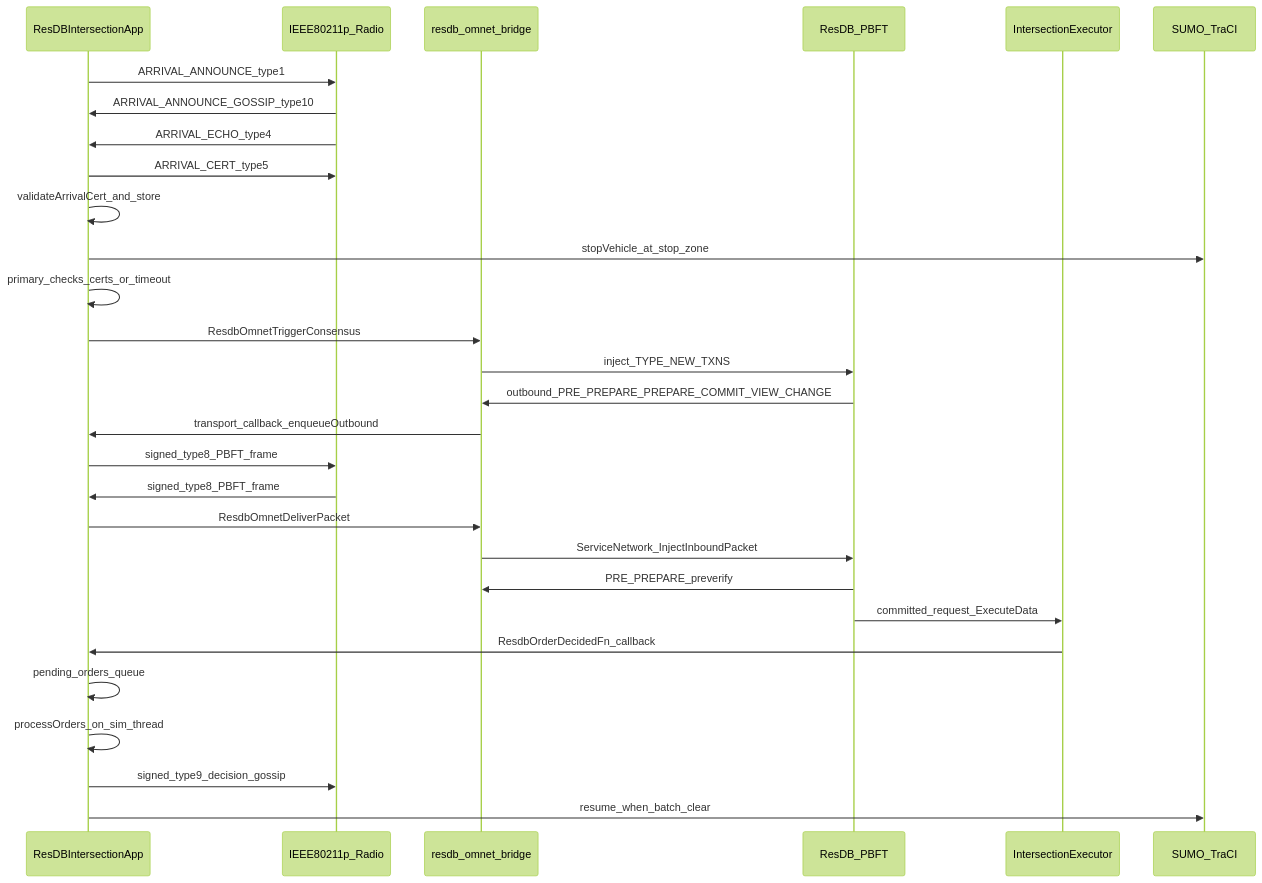
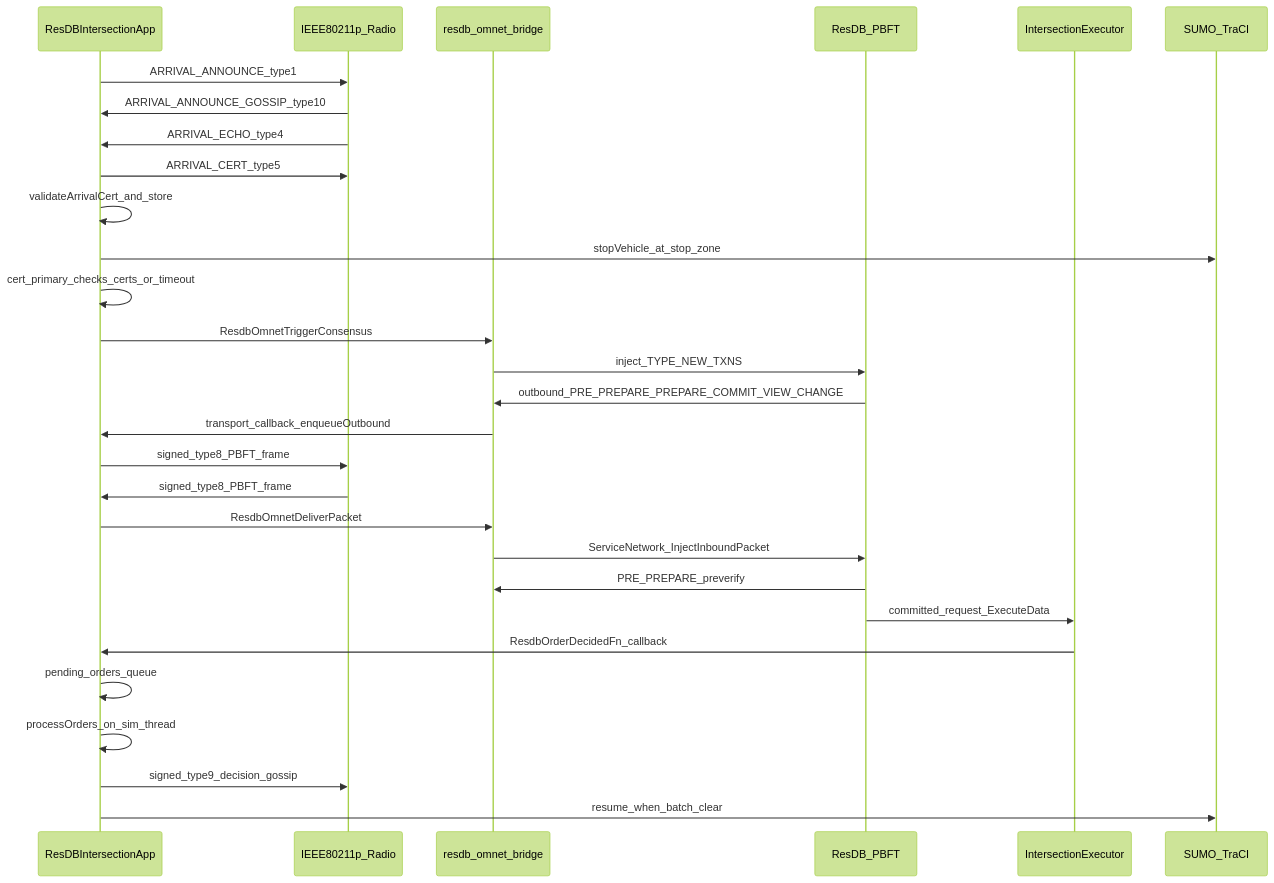
Before and after one commit to ymalegao/DistributedSystemsforAVs: the diagram in ARCHITECTURE.md, drawn with Mermaid (forest theme). The commit also changed other lines of this file and 157 other files, not shown here.

````diff
--- a/ARCHITECTURE.md
+++ b/ARCHITECTURE.md
@@ -105,35 +105,35 @@
 ```mermaid
 sequenceDiagram
     participant App as ResDBIntersectionApp
     participant Radio as IEEE80211p_Radio
     participant Bridge as resdb_omnet_bridge
     participant PBFT as ResDB_PBFT
     participant Exec as IntersectionExecutor
     participant TraCI as SUMO_TraCI
 
     App->>Radio: ARRIVAL_ANNOUNCE_type1
     Radio->>App: ARRIVAL_ANNOUNCE_GOSSIP_type10
     Radio->>App: ARRIVAL_ECHO_type4
     App->>Radio: ARRIVAL_CERT_type5
     App->>App: validateArrivalCert_and_store
 
     App->>TraCI: stopVehicle_at_stop_zone
-    App->>App: primary_checks_certs_or_timeout
+    App->>App: cert_primary_checks_certs_or_timeout
     App->>Bridge: ResdbOmnetTriggerConsensus
     Bridge->>PBFT: inject_TYPE_NEW_TXNS
 
     PBFT->>Bridge: outbound_PRE_PREPARE_PREPARE_COMMIT_VIEW_CHANGE
     Bridge->>App: transport_callback_enqueueOutbound
     App->>Radio: signed_type8_PBFT_frame
     Radio->>App: signed_type8_PBFT_frame
     App->>Bridge: ResdbOmnetDeliverPacket
     Bridge->>PBFT: ServiceNetwork_InjectInboundPacket
 
     PBFT->>Bridge: PRE_PREPARE_preverify
     PBFT->>Exec: committed_request_ExecuteData
     Exec->>App: ResdbOrderDecidedFn_callback
     App->>App: pending_orders_queue
     App->>App: processOrders_on_sim_thread
     App->>Radio: signed_type9_decision_gossip
     App->>TraCI: resume_when_batch_clear
 ```
````
